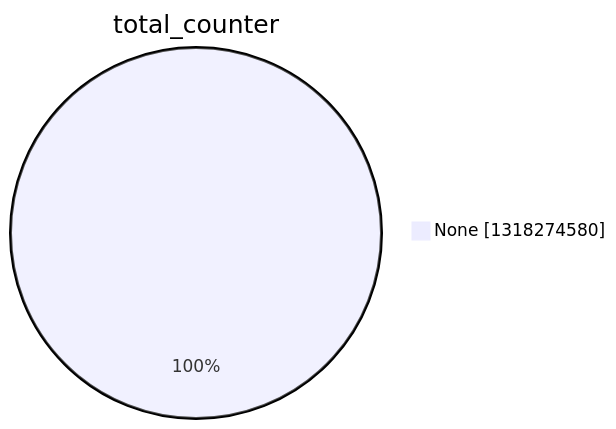
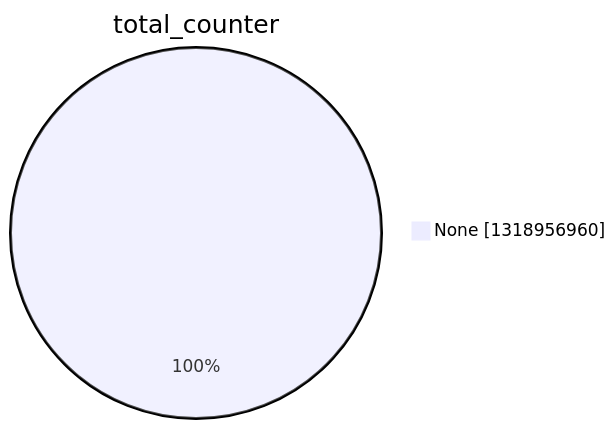
One commit to christiankrug/ctmonitor_visualization changed the second of 15 diagrams in argon2022/README.md. Above: the diagram before and after it, drawn with Mermaid. The commit also changed other lines of this file, not shown here.

````diff
--- a/argon2022/README.md
+++ b/argon2022/README.md
@@ -9,5 +9,5 @@
 ```mermaid
 pie showData
 title total_counter
-"None" :1318274580
+"None" :1318956960
 ```
````
